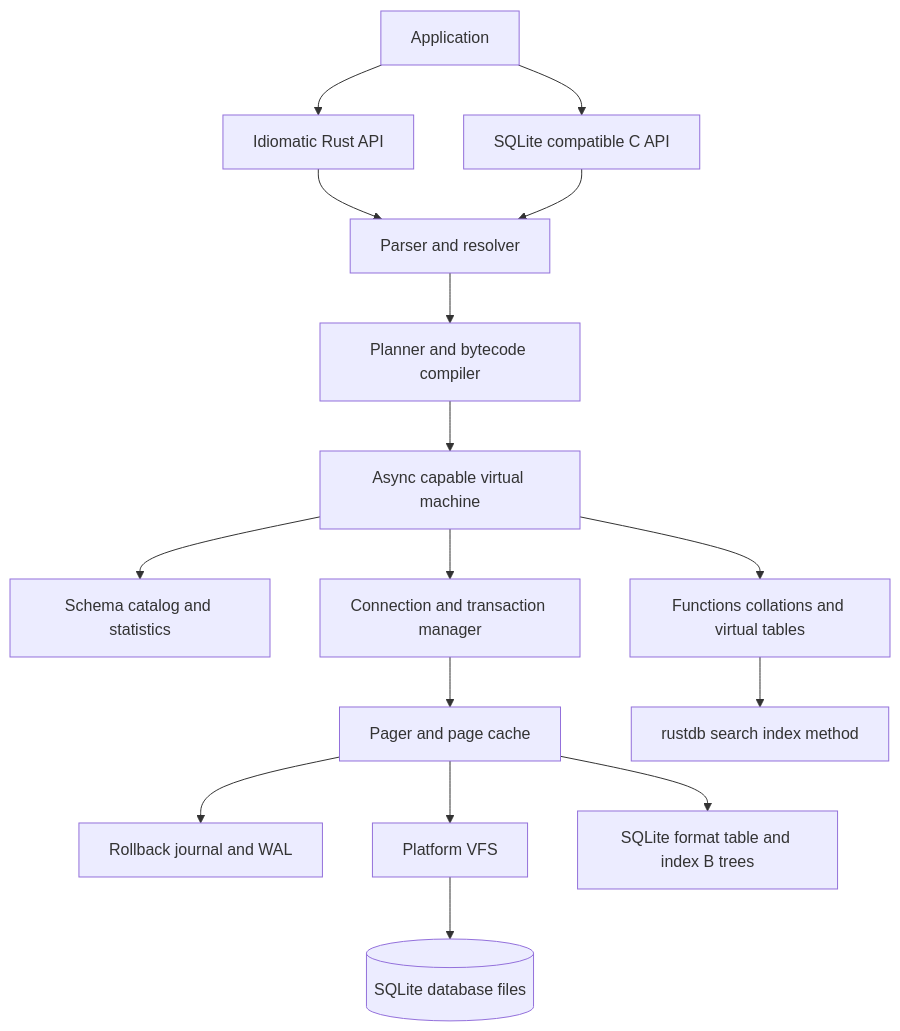
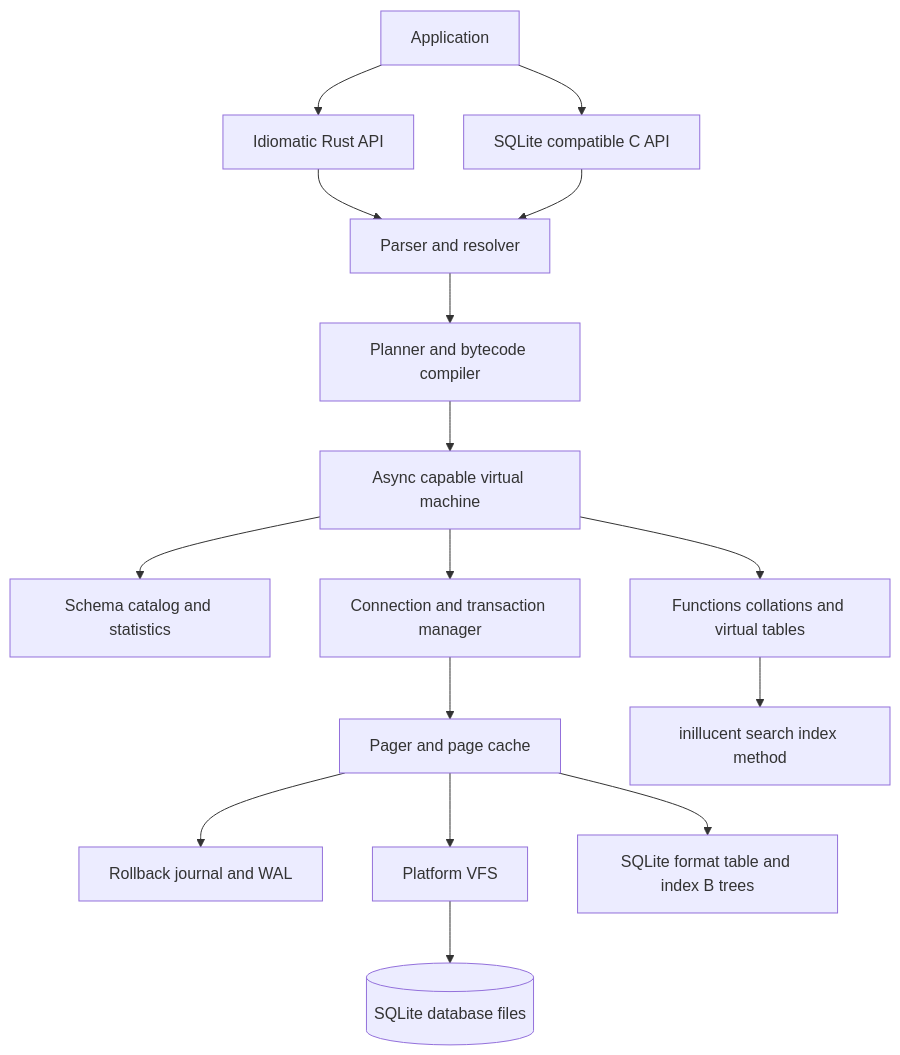
Before and after one commit to jasonmcaffee/inillucent: the first of 4 diagrams in tasks/task-1781-sqlite-feature-parity-tdd.md, drawn with Mermaid. The commit also changed other lines of this file and 767 other files, not shown here.

````diff
--- a/tasks/task-1781-sqlite-feature-parity-tdd.md
+++ b/tasks/task-1781-sqlite-feature-parity-tdd.md
@@ -217,34 +217,34 @@
 ```mermaid
 flowchart TB
     App[Application]
     RustAPI[Idiomatic Rust API]
     CAPI[SQLite compatible C API]
     SQL[Parser and resolver]
     Plan[Planner and bytecode compiler]
     VM[Async capable virtual machine]
     Catalog[Schema catalog and statistics]
     Tx[Connection and transaction manager]
     Pager[Pager and page cache]
     WAL[Rollback journal and WAL]
     VFS[Platform VFS]
     BTree[SQLite format table and index B trees]
     Ext[Functions collations and virtual tables]
-    Search[rustdb search index method]
+    Search[inillucent search index method]
     Disk[(SQLite database files)]
 
     App --> RustAPI
     App --> CAPI
     RustAPI --> SQL
     CAPI --> SQL
     SQL --> Plan
     Plan --> VM
     VM --> Catalog
     VM --> Tx
     VM --> Ext
     Ext --> Search
     Tx --> Pager
     Pager --> BTree
     Pager --> WAL
     Pager --> VFS
     VFS --> Disk
 ```
````
